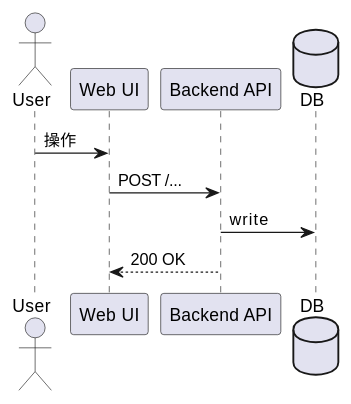
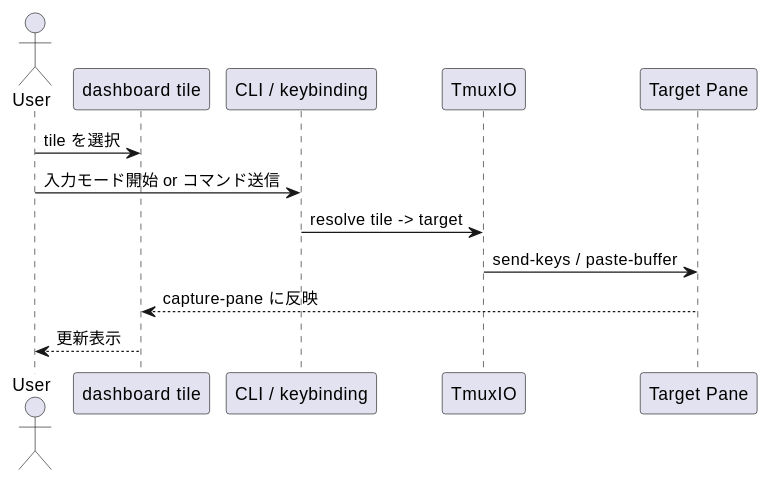
Before and after one commit to chemitaro/tmux-dashboard: the second of 2 diagrams in spec-lite/current/design.md, drawn with PlantUML. The commit also changed other lines of this file and 4 other files, not shown here.

````diff
--- a/spec-lite/current/design.md
+++ b/spec-lite/current/design.md
@@ -159,13 +249,16 @@
 ```plantuml
 @startuml
 actor User
-participant "Web UI" as FE
-participant "Backend API" as API
-database "DB" as DB
+participant "dashboard tile" as Tile
+participant "CLI / keybinding" as Cmd
+participant "TmuxIO" as IO
+participant "Target Pane" as Target
 
-User -> FE : 操作
-FE -> API : POST /...
-API -> DB : write
-API --> FE : 200 OK
+User -> Tile : tile を選択
+User -> Cmd : 入力モード開始 or コマンド送信
+Cmd -> IO : resolve tile -> target
+IO -> Target : send-keys / paste-buffer
+Target --> Tile : capture-pane に反映
+Tile --> User : 更新表示
 @enduml
 ```
````
